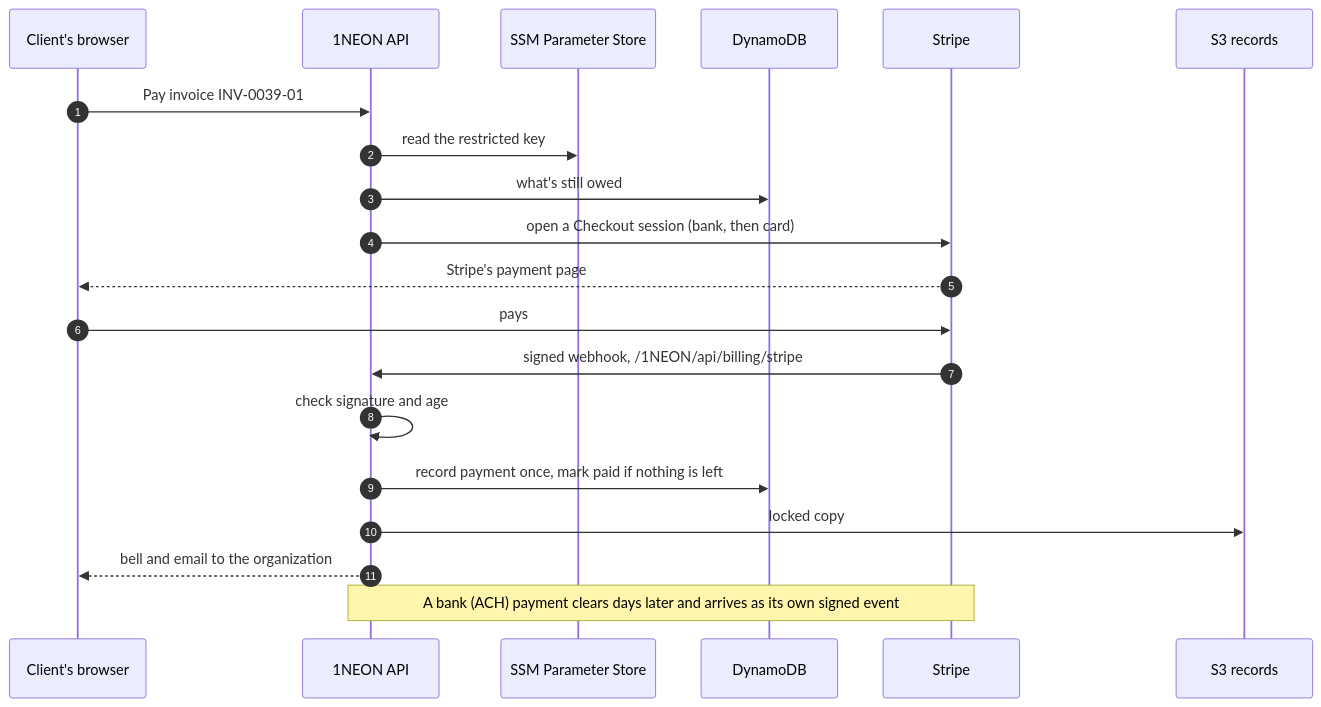
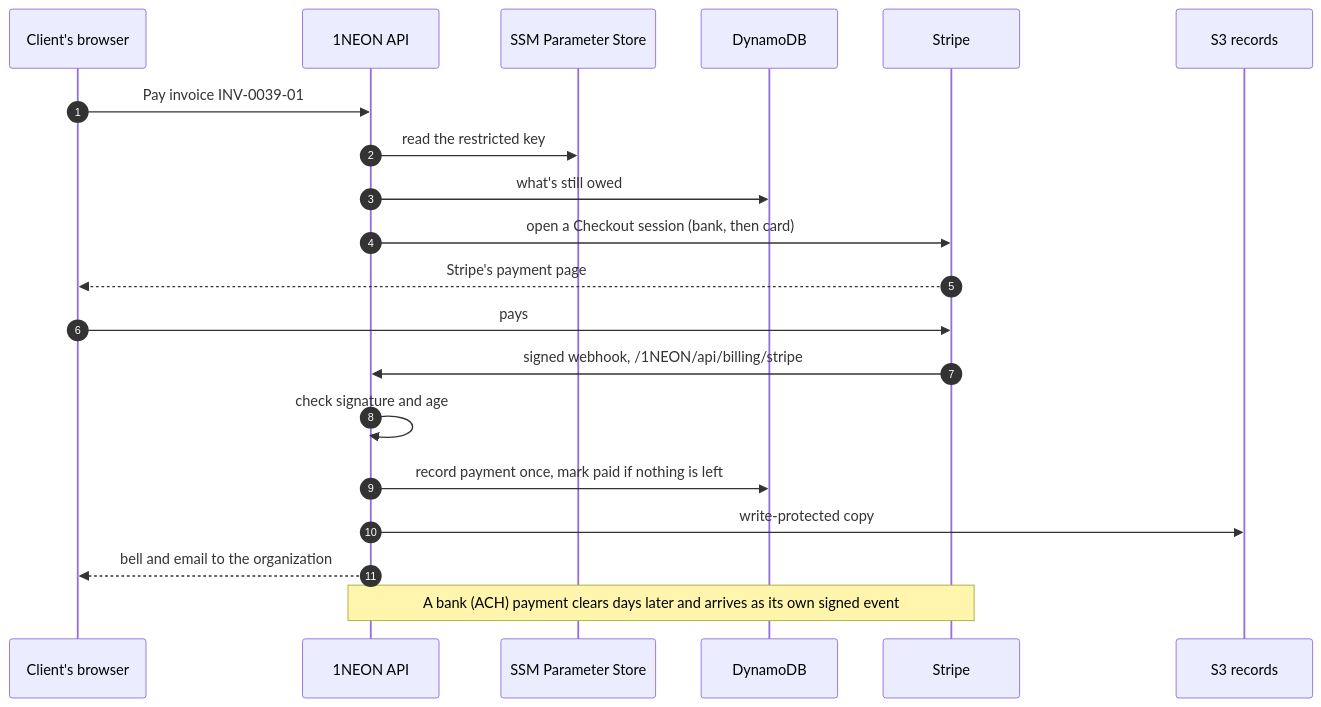
The third of 11 diagrams in corpus/company/architecture.md (neon1llc/neon1-corpus), drawn with Mermaid before and after one commit. The commit also changed other lines of this file and 9 other files, not shown here.

````diff
--- a/corpus/company/architecture.md
+++ b/corpus/company/architecture.md
@@ -90,23 +90,23 @@
 ```mermaid
 %% alt: Sequence diagram of paying an invoice. The client chooses Pay on an issued invoice in the 1NEON app. The app asks the 1NEON API for a checkout. The API reads the restricted Stripe key from SSM Parameter Store, works out what is still owed from DynamoDB, and asks Stripe for a Checkout session for that amount, offering bank transfer first and card. The browser goes to Stripe Checkout, where the client pays. Stripe sends a signed webhook to /1NEON/api/billing/stripe. The API checks the signature with the webhook secret, refuses anything older than five minutes, and records the payment once in DynamoDB, marking the invoice paid when nothing is left. It writes a locked copy to the records bucket and notifies the organization. A bank payment completes days later as its own event, handled the same way.
 sequenceDiagram
   autonumber
   participant C as Client's browser
   participant X as 1NEON API
   participant P as SSM Parameter Store
   participant D as DynamoDB
   participant S as Stripe
   participant R as S3 records
   C->>X: Pay invoice INV-0039-01
   X->>P: read the restricted key
   X->>D: what's still owed
   X->>S: open a Checkout session (bank, then card)
   S-->>C: Stripe's payment page
   C->>S: pays
   S->>X: signed webhook, /1NEON/api/billing/stripe
   X->>X: check signature and age
   X->>D: record payment once, mark paid if nothing is left
-  X->>R: locked copy
+  X->>R: write-protected copy
   X-->>C: bell and email to the organization
   Note over S,X: A bank (ACH) payment clears days later and arrives as its own signed event
 ```
````
